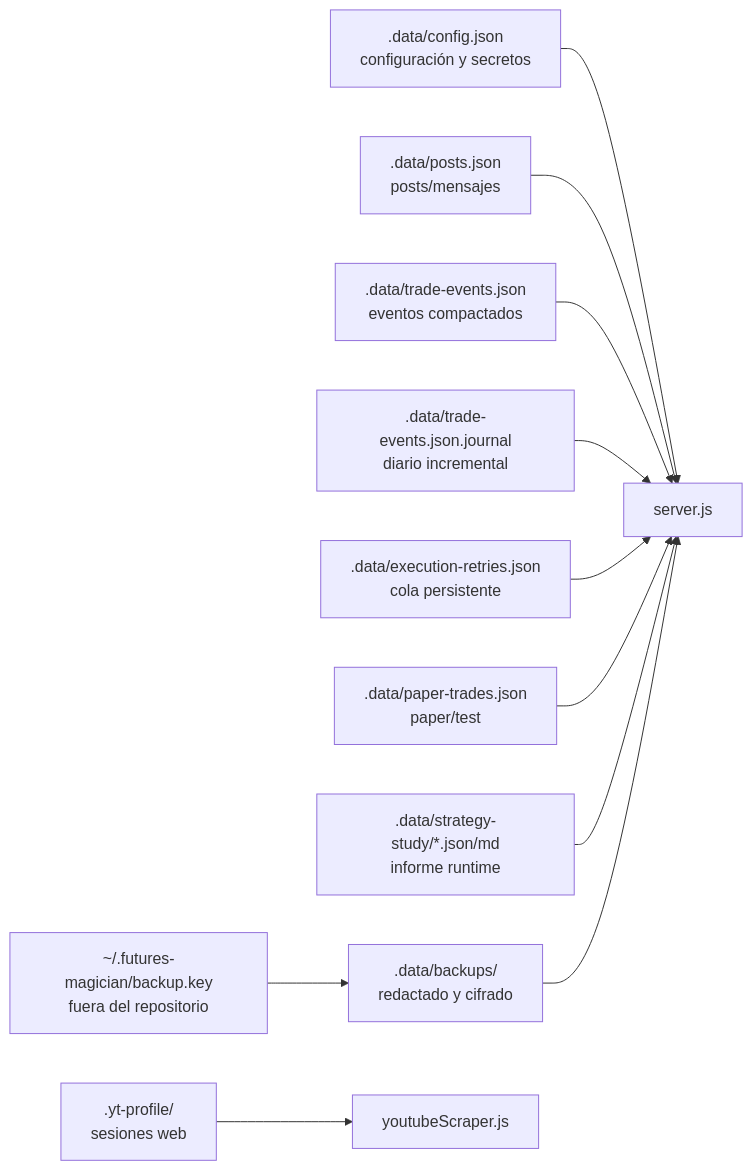
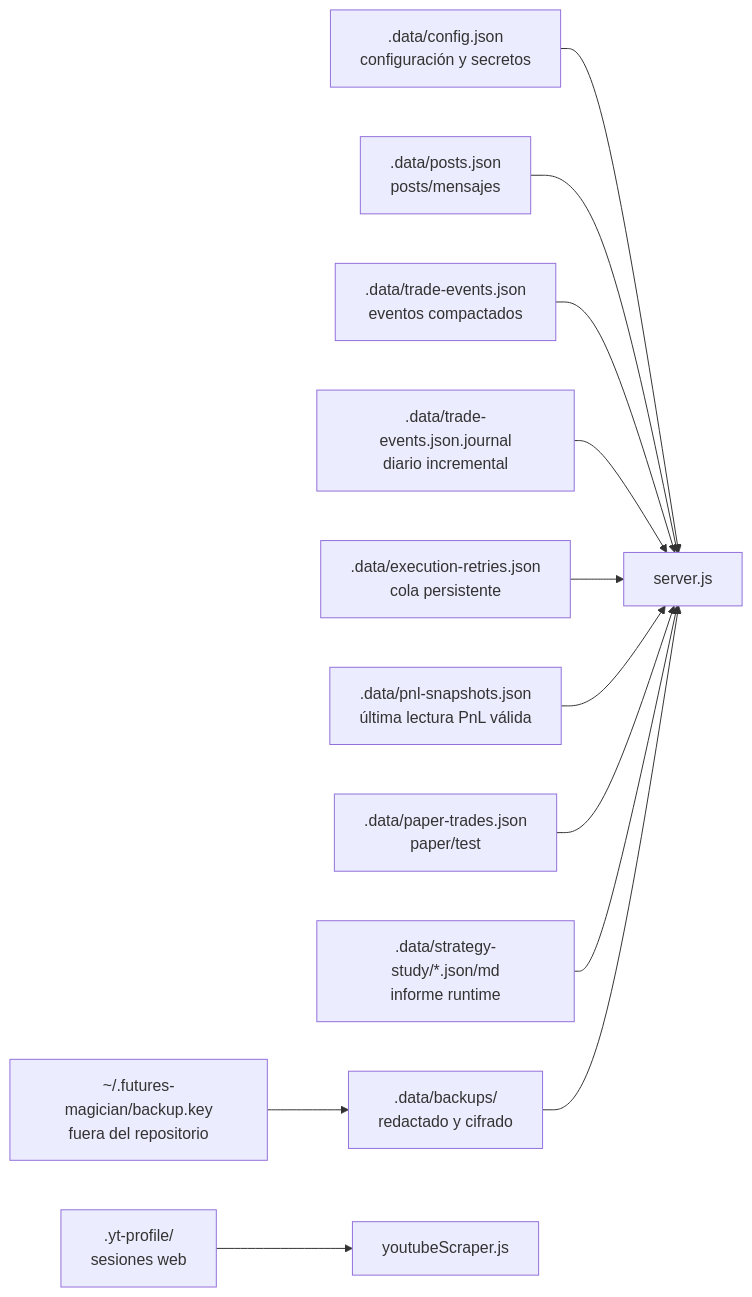
One commit to JotaTerrasa/yt-members-signal-trader changed the third of 3 diagrams in docs/ARCHITECTURE.md. Above: the diagram before and after it, drawn with Mermaid. The commit also changed other lines of this file and 9 other files, not shown here.

````diff
--- a/docs/ARCHITECTURE.md
+++ b/docs/ARCHITECTURE.md
@@ -96,13 +96,14 @@
 ```mermaid
 flowchart LR
   config[".data/config.json<br/>configuración y secretos"] --> server["server.js"]
   posts[".data/posts.json<br/>posts/mensajes"] --> server
   events[".data/trade-events.json<br/>eventos compactados"] --> server
   journal[".data/trade-events.json.journal<br/>diario incremental"] --> server
   retries[".data/execution-retries.json<br/>cola persistente"] --> server
+  pnlSnapshot[".data/pnl-snapshots.json<br/>última lectura PnL válida"] --> server
   paper[".data/paper-trades.json<br/>paper/test"] --> server
   study[".data/strategy-study/*.json/md<br/>informe runtime"] --> server
   backups[".data/backups/<br/>redactado y cifrado"] --> server
   key["~/.futures-magician/backup.key<br/>fuera del repositorio"] --> backups
   profile[".yt-profile/<br/>sesiones web"] --> scraper["youtubeScraper.js"]
 ```
````
